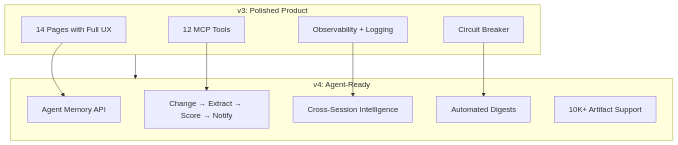
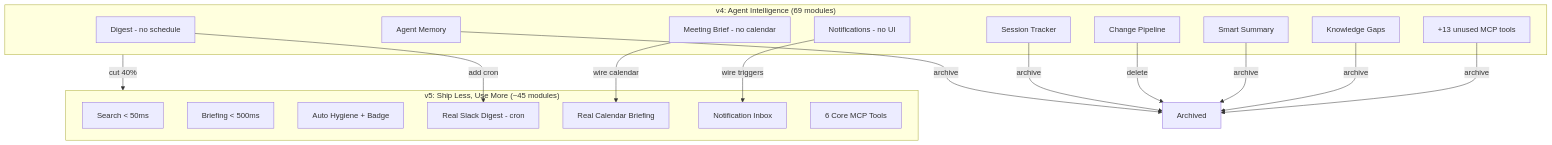
The diagram in docs/future-developments.md (ahmedkhaledmohamed/the-hub), drawn with Mermaid before and after one commit. The commit also changed other lines of this file, not shown here.

First line of the commit message:
Rewrite future-developments.md — v5: Ship Less, Use More

````diff
--- a/docs/future-developments.md
+++ b/docs/future-developments.md
@@ -226,23 +147,35 @@
 ```mermaid
 flowchart TD
-    subgraph v3["v3: Polished Product"]
-        UI[14 Pages with Full UX]
-        MCP12[12 MCP Tools]
-        Obs[Observability + Logging]
-        CB[Circuit Breaker]
+    subgraph v4["v4: Agent Intelligence (69 modules)"]
+        AgentMem[Agent Memory]
+        SessionTrack[Session Tracker]
+        ChangePipeline[Change Pipeline]
+        SmartSummary[Smart Summary]
+        KnowledgeGaps[Knowledge Gaps]
+        Notifications[Notifications - no UI]
+        Digest[Digest - no schedule]
+        MeetingBrief[Meeting Brief - no calendar]
+        Plus13[+13 unused MCP tools]
     end
 
-    subgraph v4["v4: Agent-Ready"]
-        Memory[Agent Memory API]
-        Pipeline[Change → Extract → Score → Notify]
-        Sessions[Cross-Session Intelligence]
-        Digest[Automated Digests]
-        Scale[10K+ Artifact Support]
+    subgraph v5["v5: Ship Less, Use More (~45 modules)"]
+        FastSearch[Search < 50ms]
+        FastBriefing[Briefing < 500ms]
+        AutoHygiene[Auto Hygiene + Badge]
+        SlackDigest[Real Slack Digest - cron]
+        CalBriefing[Real Calendar Briefing]
+        NotifInbox[Notification Inbox]
+        CoreMCP[6 Core MCP Tools]
     end
 
-    v3 --> v4
-    UI --> Memory
-    MCP12 --> Pipeline
-    Obs --> Sessions
-    CB --> Digest
+    v4 -->|cut 40%| v5
+    AgentMem -->|archive| Deleted[Archived]
+    SessionTrack -->|archive| Deleted
+    ChangePipeline -->|delete| Deleted
+    SmartSummary -->|archive| Deleted
+    KnowledgeGaps -->|archive| Deleted
+    Plus13 -->|archive| Deleted
+    Notifications -->|wire triggers| NotifInbox
+    Digest -->|add cron| SlackDigest
+    MeetingBrief -->|wire calendar| CalBriefing
 ```
````
